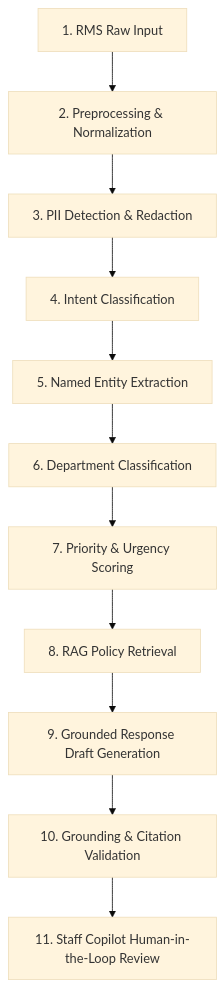
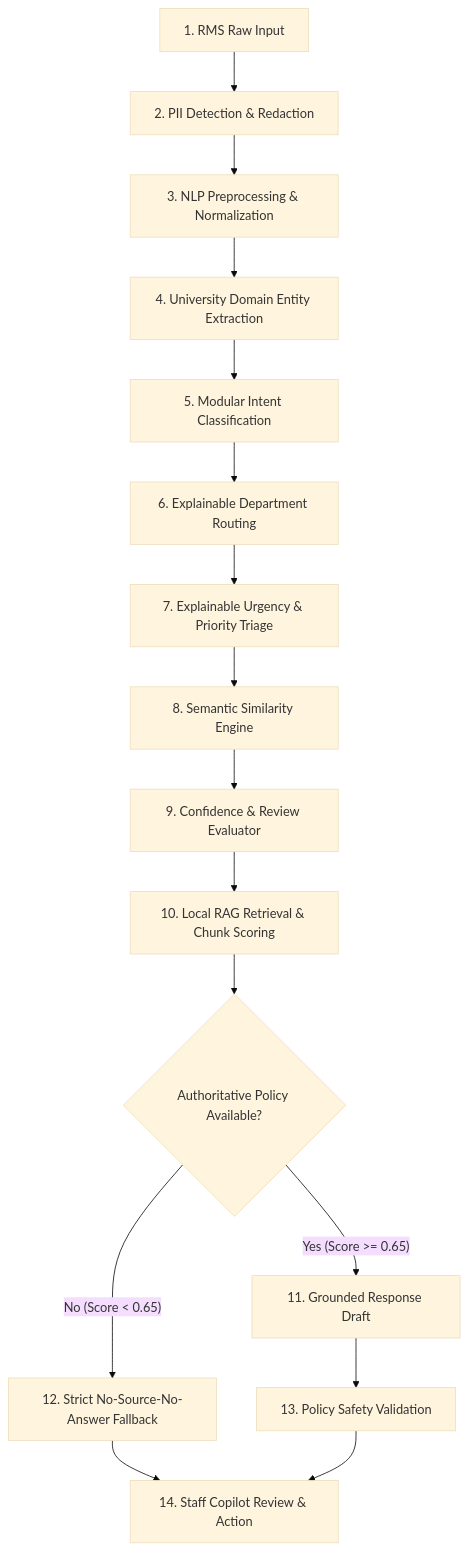
One commit to harshilsetty/Smart-RMS changed the diagram in docs/architecture/ai-pipeline.md. Above: the diagram before and after it, drawn with Mermaid (base theme). The commit also changed other lines of this file and 56 other files, not shown here.

````diff
--- a/docs/architecture/ai-pipeline.md
+++ b/docs/architecture/ai-pipeline.md
@@ -7,13 +10,18 @@
 ```mermaid
 flowchart TD
-    In[1. RMS Raw Input] --> Pre[2. Preprocessing & Normalization]
-    Pre --> PII[3. PII Detection & Redaction]
-    PII --> Intent[4. Intent Classification]
-    Intent --> Entity[5. Named Entity Extraction]
-    Entity --> Dept[6. Department Classification]
-    Dept --> Prio[7. Priority & Urgency Scoring]
-    Prio --> RAG[8. RAG Policy Retrieval]
-    RAG --> Gen[9. Grounded Response Draft Generation]
-    Gen --> Val[10. Grounding & Citation Validation]
-    Val --> Staff[11. Staff Copilot Human-in-the-Loop Review]
+    In[1. RMS Raw Input] --> PII[2. PII Detection & Redaction]
+    PII --> Pre[3. NLP Preprocessing & Normalization]
+    Pre --> Ext[4. University Domain Entity Extraction]
+    Ext --> Intent[5. Modular Intent Classification]
+    Intent --> Dept[6. Explainable Department Routing]
+    Dept --> Prio[7. Explainable Urgency & Priority Triage]
+    Prio --> Sim[8. Semantic Similarity Engine]
+    Sim --> Conf[9. Confidence & Review Evaluator]
+    Conf --> RAG[10. Local RAG Retrieval & Chunk Scoring]
+    RAG --> Fallback{Authoritative Policy Available?}
+    Fallback -- Yes (Score >= 0.65) --> Draft[11. Grounded Response Draft]
+    Fallback -- No (Score < 0.65) --> NoSource[12. Strict No-Source-No-Answer Fallback]
+    Draft --> Val[13. Policy Safety Validation]
+    NoSource --> Human[14. Staff Copilot Review & Action]
+    Val --> Human
 ```
````
